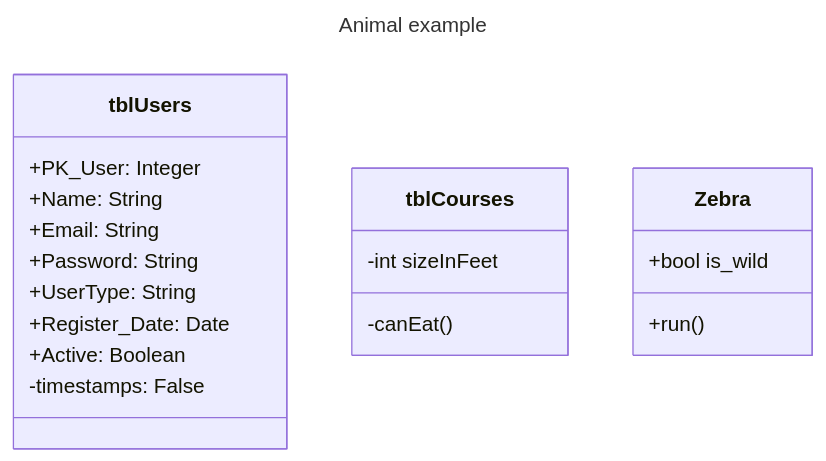
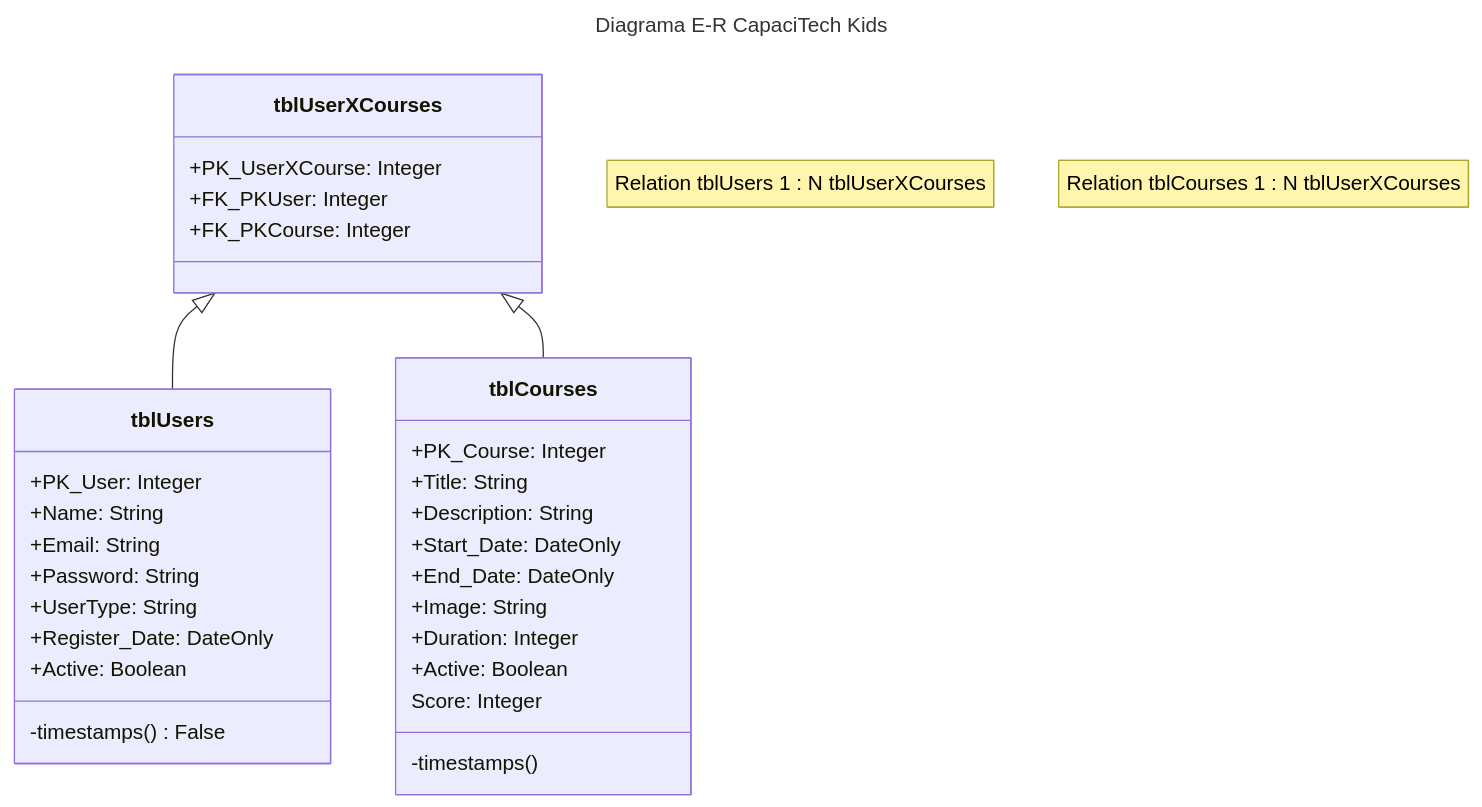
The diagram in README.md (MemoRodz/CapaciTechKidsBack), drawn with Mermaid before and after one commit.

Commit message:
Testing mermaid library_4

````diff
--- a/README.md
+++ b/README.md
@@ -11,24 +11,37 @@
 ```mermaid
 ---
-title: Animal example
+title: Diagrama E-R CapaciTech Kids
 ---
 classDiagram
+	note "Relation tblUsers 1 : N tblUserXCourses"
     class tblUsers{
         +PK_User: Integer
         +Name: String
         +Email: String
 		+Password: String
 		+UserType: String
-		+Register_Date: Date
+		+Register_Date: DateOnly
 		+Active: Boolean
-		-timestamps: False
+		-timestamps() False
     }
+	tblUserXCourses <|-- tblUsers
     class tblCourses{
-        -int sizeInFeet
-        -canEat()
+        +PK_Course: Integer
+		+Title: String
+		+Description: String
+		+Start_Date: DateOnly
+		+End_Date: DateOnly
+		+Image: String
+		+Duration: Integer
+		+Active: Boolean
+		Score: Integer
+        -timestamps()
     }
-    class Zebra{
-        +bool is_wild
-        +run()
+	note "Relation tblCourses 1 : N tblUserXCourses"
+	tblUserXCourses <|-- tblCourses
+    class tblUserXCourses{
+        +PK_UserXCourse: Integer
+        +FK_PKUser: Integer
+		+FK_PKCourse: Integer
     }
 ```
````
